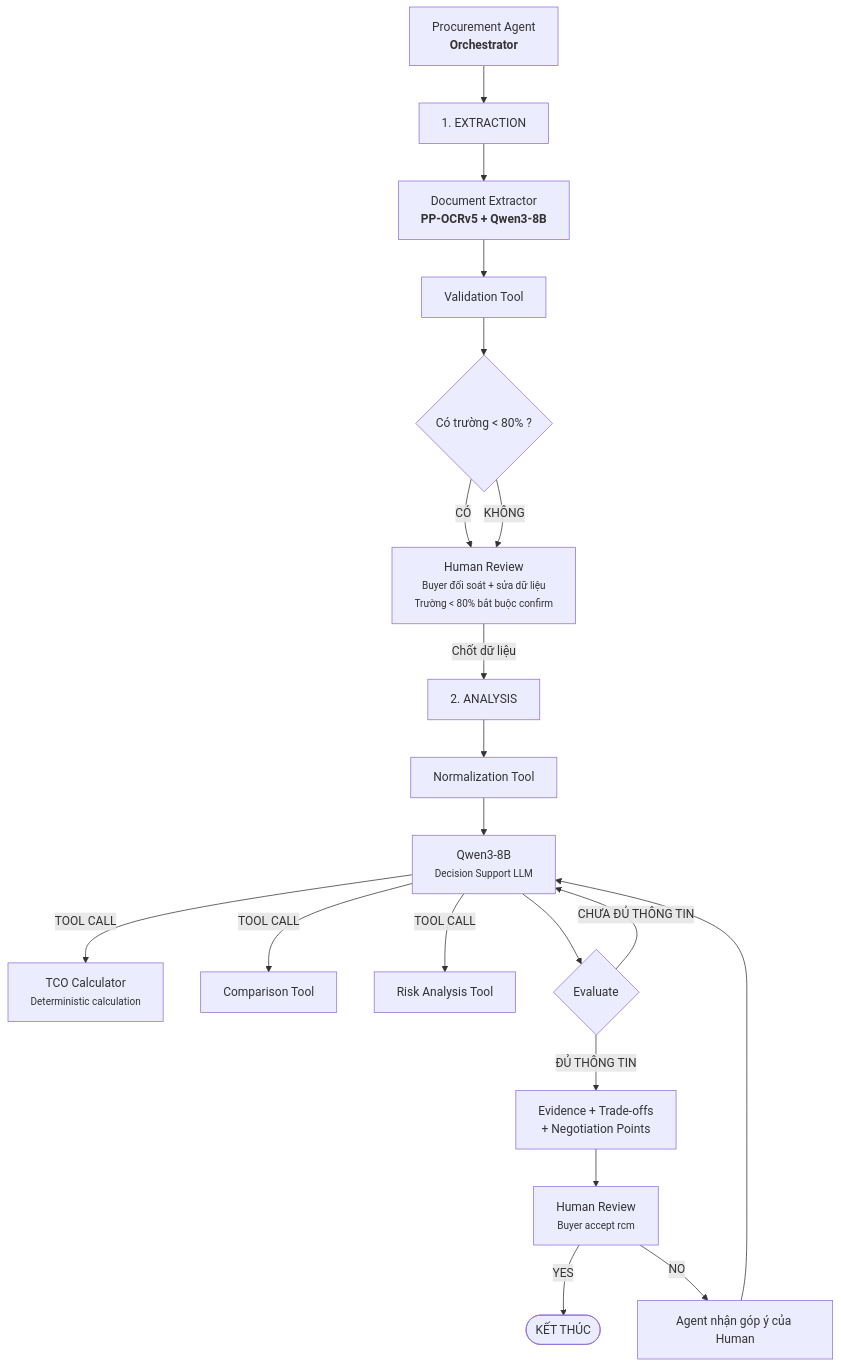
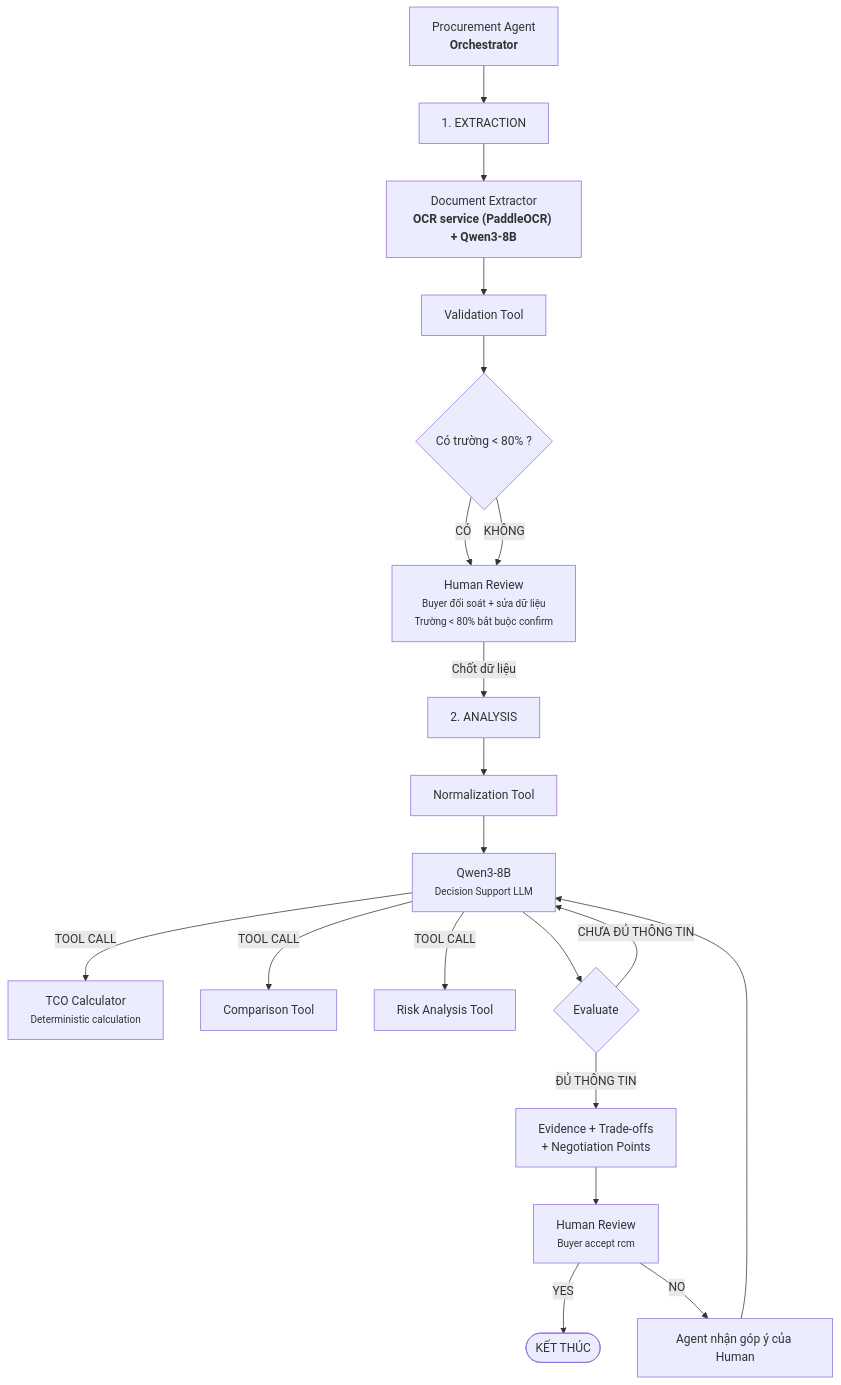
The diagram in ARCHITECTURE.md (ntiendat01/AI20K-P109), drawn with Mermaid before and after one commit. The commit also changed other lines of this file and 404 other files, not shown here.

````diff
--- a/ARCHITECTURE.md
+++ b/ARCHITECTURE.md
@@ -13,55 +13,55 @@
 ```mermaid
 flowchart TD
     %% Title / Main Flow
     orchestrator["Procurement Agent<br><b>Orchestrator</b>"]
     phase1["1. EXTRACTION"]
-    extractor["Document Extractor<br><b>PP-OCRv5 + Qwen3-8B</b>"]
+    extractor["Document Extractor<br><b>OCR service (PaddleOCR) + Qwen3-8B</b>"]
     validation["Validation Tool"]
     confidence{"Có trường < 80% ?"}
     human_extract["Human Review<br><small>Buyer đối soát + sửa dữ liệu<br>Trường < 80% bắt buộc confirm</small>"]
 
     phase2["2. ANALYSIS"]
     normalization["Normalization Tool"]
     qwen["Qwen3-8B<br><small>Decision Support LLM</small>"]
 
     %% Tools
     tco["TCO Calculator<br><small>Deterministic calculation</small>"]
     comparison["Comparison Tool"]
     risk["Risk Analysis Tool"]
 
     %% Evaluation & Output
     evaluate{"Evaluate"}
     evidence["Evidence + Trade-offs<br>+ Negotiation Points"]
     human_rcm["Human Review<br><small>Buyer accept rcm</small>"]
     feedback["Agent nhận góp ý của Human"]
     end_node(["KẾT THÚC"])
 
     %% Workflow Connections: Extraction Phase
     orchestrator --> phase1
     phase1 --> extractor
     extractor --> validation
     validation --> confidence
 
     confidence -- "CÓ" --> human_extract
     confidence -- "KHÔNG" --> human_extract
     human_extract -- "Chốt dữ liệu" --> phase2
 
     %% Workflow Connections: Analysis Phase
     phase2 --> normalization
     normalization --> qwen
 
     %% Tool Calls from Qwen
     qwen -- "TOOL CALL" --> tco
     qwen -- "TOOL CALL" --> comparison
     qwen -- "TOOL CALL" --> risk
 
     %% Decision & Feedback Loops
     qwen --> evaluate
     evaluate -- "CHƯA ĐỦ THÔNG TIN" --> qwen
     evaluate -- "ĐỦ THÔNG TIN" --> evidence
 
     evidence --> human_rcm
     human_rcm -- "YES" --> end_node
     human_rcm -- "NO" --> feedback
     feedback --> qwen
 ```
````
